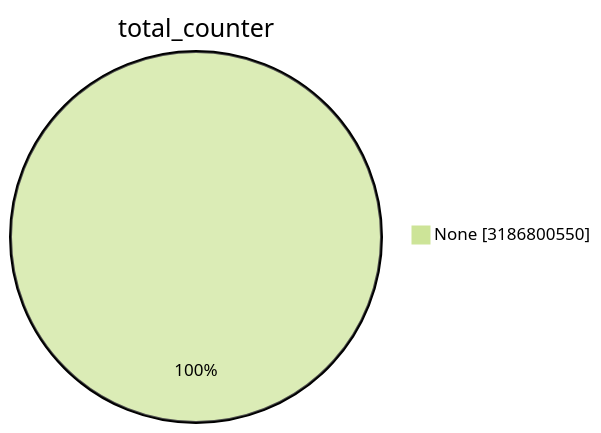
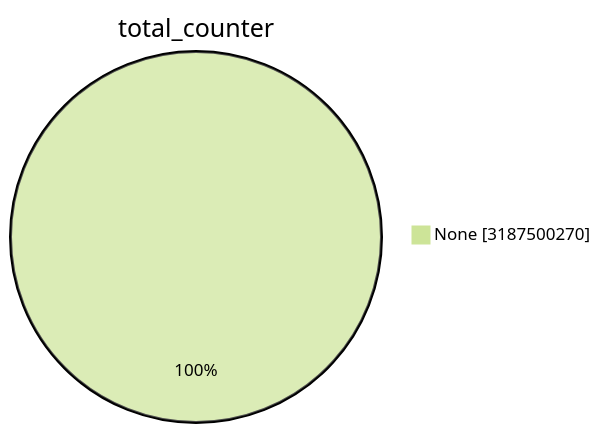
The first of 15 diagrams in TOTAL/README.md (christiankrug/ctmonitor_visualization), drawn with Mermaid (forest theme) before and after one commit. The commit also changed other lines of this file, not shown here.

````diff
--- a/TOTAL/README.md
+++ b/TOTAL/README.md
@@ -1,5 +1,5 @@
 ```mermaid
 pie showData
 title total_counter
-"None" :3186800550
+"None" :3187500270
 ```
````
